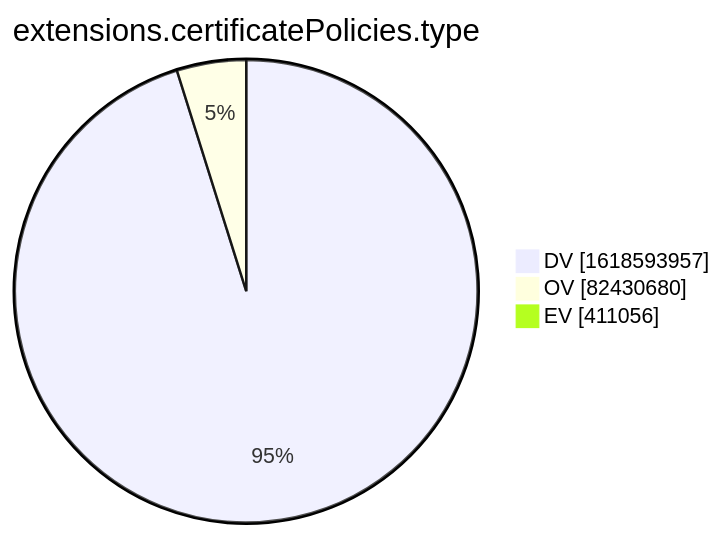
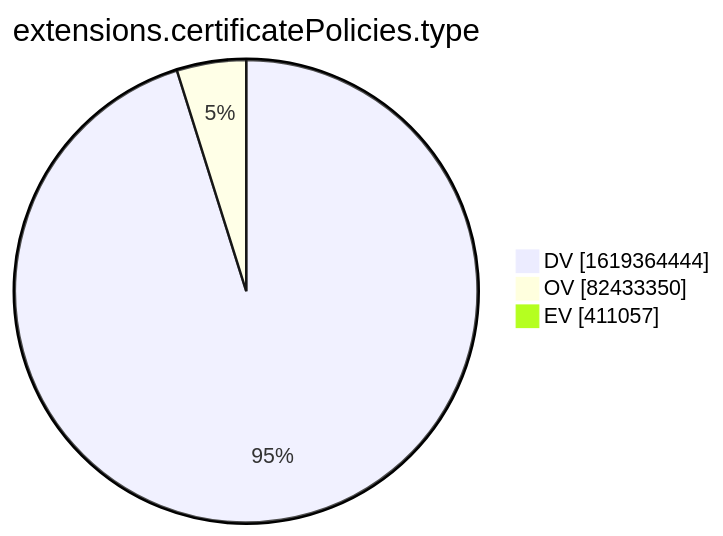
One commit to christiankrug/ctmonitor_visualization changed the tenth of 15 diagrams in xenon2022/README.md. Above: the diagram before and after it, drawn with Mermaid. The commit also changed other lines of this file, not shown here.

````diff
--- a/xenon2022/README.md
+++ b/xenon2022/README.md
@@ -2878,7 +2878,7 @@
 ```mermaid
 pie showData
 title extensions.certificatePolicies.type
-"DV" :1618593957
-"OV" :82430680
-"EV" :411056
+"DV" :1619364444
+"OV" :82433350
+"EV" :411057
 ```
````
